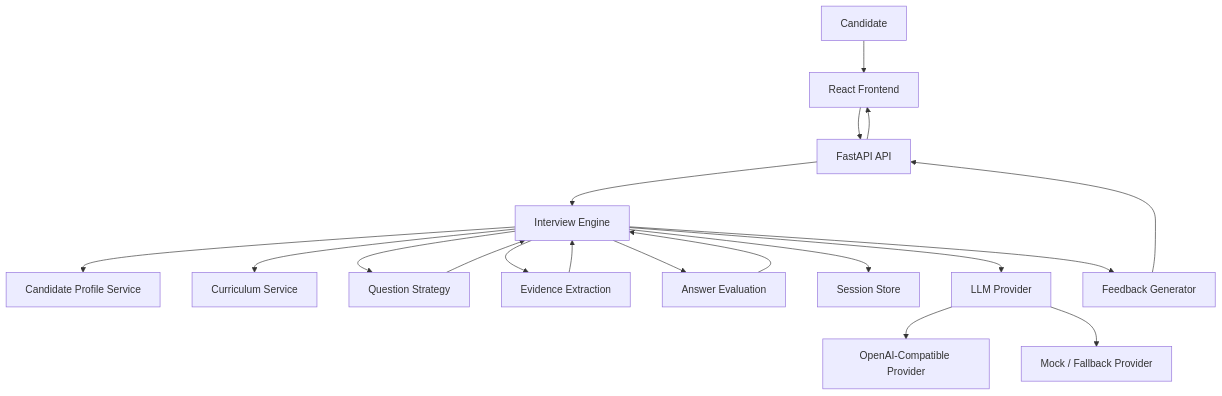
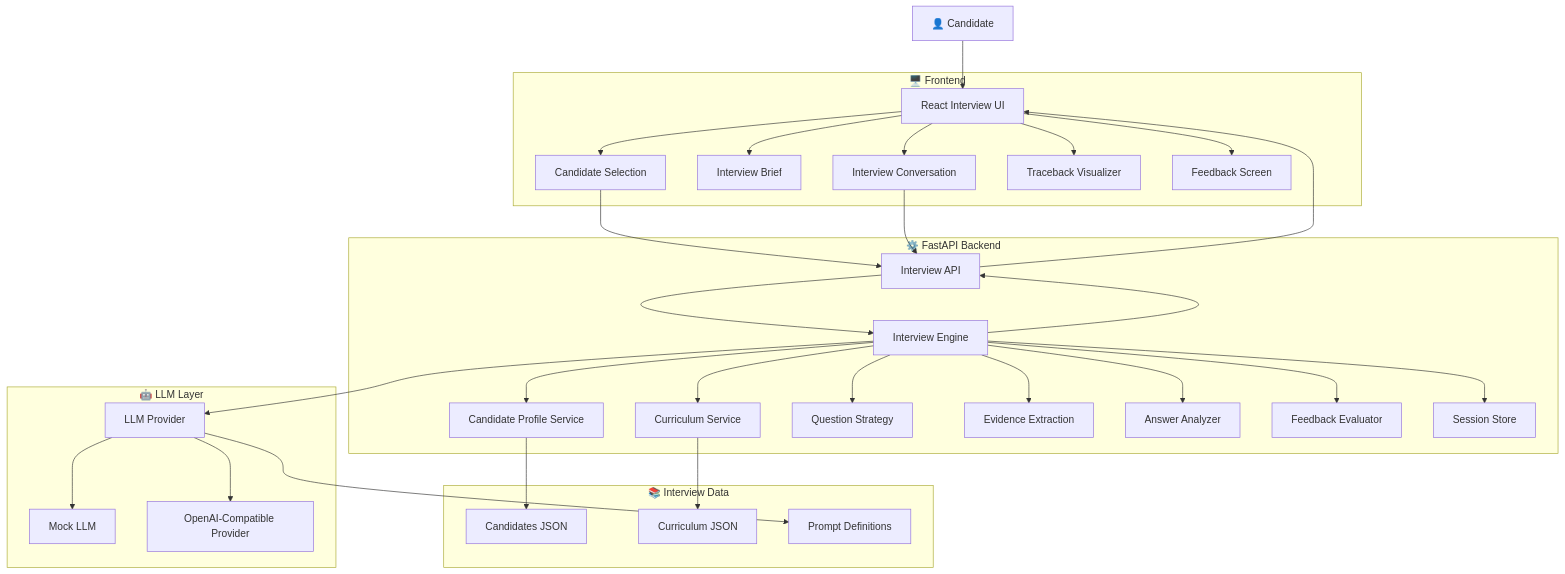
The first of 5 diagrams in README.md (shashankkumar8/traceback-interview-agent), drawn with Mermaid before and after one commit. The commit also changed other lines of this file, not shown here.

Commit message:
docs: update README to enhance clarity on project purpose, features, and adaptive interview process

````diff
--- a/README.md
+++ b/README.md
@@ -35,21 +148,86 @@
 ```mermaid
 flowchart TD
-    USER[Candidate] --> UI[React Frontend]
-    UI --> API[FastAPI API]
-    API --> ENGINE[Interview Engine]
-    ENGINE --> PROFILE[Candidate Profile Service]
-    ENGINE --> CURRICULUM[Curriculum Service]
-    ENGINE --> STRATEGY[Question Strategy]
-    ENGINE --> EVIDENCE[Evidence Extraction]
-    ENGINE --> EVALUATOR[Answer Evaluation]
-    ENGINE --> SESSION[Session Store]
-    ENGINE --> LLM[LLM Provider]
-    LLM --> OPENAI[OpenAI-Compatible Provider]
-    LLM --> MOCK[Mock / Fallback Provider]
-    EVIDENCE --> ENGINE
-    EVALUATOR --> ENGINE
-    STRATEGY --> ENGINE
-    ENGINE --> FEEDBACK[Feedback Generator]
-    FEEDBACK --> API
+
+    USER["👤 Candidate"]
+
+    subgraph FRONTEND["🖥️ Frontend"]
+        UI["React Interview UI"]
+        SELECT["Candidate Selection"]
+        BRIEF["Interview Brief"]
+        CHAT["Interview Conversation"]
+        TRACE["Traceback Visualizer"]
+        FEEDBACK["Feedback Screen"]
+    end
+
+    subgraph BACKEND["⚙️ FastAPI Backend"]
+
+        API["Interview API"]
+
+        ENGINE["Interview Engine"]
+
+        PROFILE["Candidate Profile Service"]
+
+        CURRICULUM["Curriculum Service"]
+
+        STRATEGY["Question Strategy"]
+
+        EVIDENCE["Evidence Extraction"]
+
+        ANALYZER["Answer Analyzer"]
+
+        EVALUATOR["Feedback Evaluator"]
+
+        SESSION["Session Store"]
+    end
+
+    subgraph LLM["🤖 LLM Layer"]
+
+        PROVIDER["LLM Provider"]
+
+        MOCK["Mock LLM"]
+
+        COMPAT["OpenAI-Compatible Provider"]
+    end
+
+    subgraph DATA["📚 Interview Data"]
+
+        CANDIDATES["Candidates JSON"]
+
+        CURRICULUMDATA["Curriculum JSON"]
+
+        PROMPTS["Prompt Definitions"]
+    end
+
+    USER --> UI
+
+    UI --> SELECT
+    UI --> BRIEF
+    UI --> CHAT
+    UI --> TRACE
+    UI --> FEEDBACK
+
+    SELECT --> API
+    CHAT --> API
+
+    API --> ENGINE
+
+    ENGINE --> PROFILE
+    ENGINE --> CURRICULUM
+    ENGINE --> STRATEGY
+    ENGINE --> EVIDENCE
+    ENGINE --> ANALYZER
+    ENGINE --> EVALUATOR
+    ENGINE --> SESSION
+
+    ENGINE --> PROVIDER
+
+    PROVIDER --> MOCK
+    PROVIDER --> COMPAT
+
+    PROFILE --> CANDIDATES
+    CURRICULUM --> CURRICULUMDATA
+    PROVIDER --> PROMPTS
+
+    ENGINE --> API
     API --> UI
 ```
````
